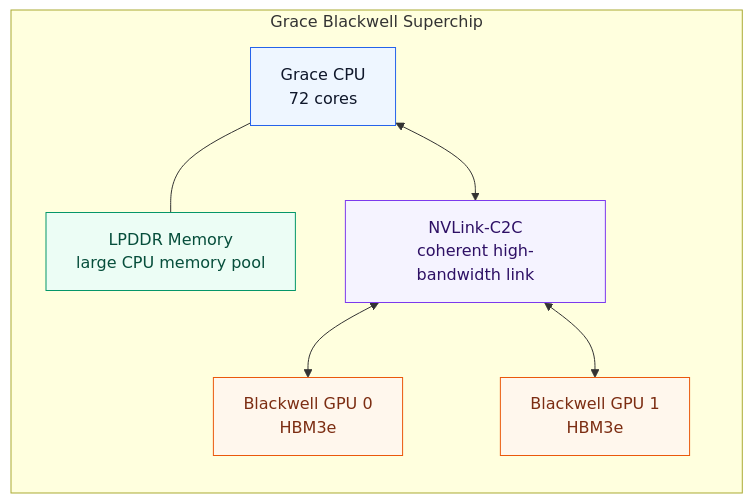
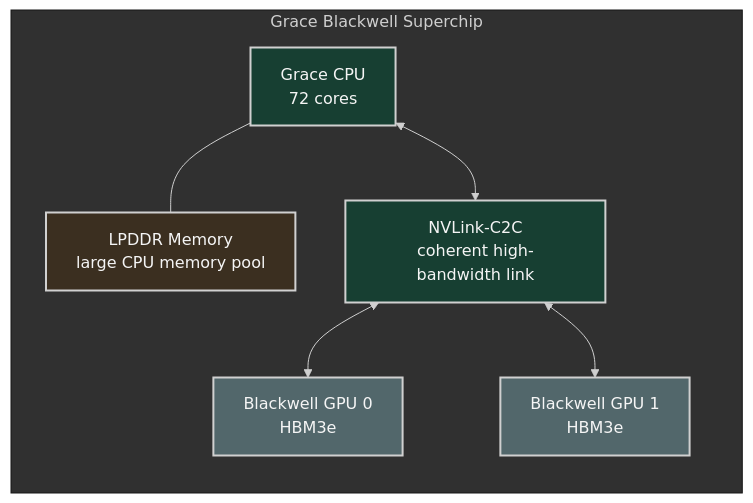
Before and after one commit to ziwon/ai-data-center-network: the third of 15 diagrams in ai-system-performance-engineering/chap02/README.md, drawn with Mermaid. The commit also changed other lines of this file and 35 other files, not shown here.

Commit message:
docs(mermaid): apply dark diagram style

````diff
--- a/ai-system-performance-engineering/chap02/README.md
+++ b/ai-system-performance-engineering/chap02/README.md
@@ -187,20 +189,21 @@
 ```mermaid
+%%{init: {"theme": "base", "themeVariables": {"background": "#171717", "primaryColor": "#232323", "primaryTextColor": "#f5f5f5", "primaryBorderColor": "#d0d0d0", "lineColor": "#cfcfcf", "fontFamily": "Inter, Arial, sans-serif"}}}%%
 flowchart LR
-    classDef cpu fill:#eef6ff,stroke:#2563eb,color:#0f172a
-    classDef gpu fill:#fff7ed,stroke:#ea580c,color:#7c2d12
-    classDef mem fill:#ecfdf5,stroke:#059669,color:#064e3b
-    classDef link fill:#f5f3ff,stroke:#7c3aed,color:#2e1065
+    classDef cpu fill:#173f32,stroke:#d0d0d0,color:#f5f5f5,stroke-width:2px;
+    classDef gpu fill:#52676b,stroke:#d0d0d0,color:#f5f5f5,stroke-width:2px;
+    classDef mem fill:#3b2f20,stroke:#d0d0d0,color:#f5f5f5,stroke-width:2px;
+    classDef link fill:#173f32,stroke:#d0d0d0,color:#f5f5f5,stroke-width:2px;
 
     subgraph GB["Grace Blackwell Superchip"]
         CPU[Grace CPU<br/>72 cores]:::cpu
         LPDDR[LPDDR Memory<br/>large CPU memory pool]:::mem
         GPU0[Blackwell GPU 0<br/>HBM3e]:::gpu
         GPU1[Blackwell GPU 1<br/>HBM3e]:::gpu
         C2C[NVLink-C2C<br/>coherent high-bandwidth link]:::link
     end
 
 CPU --- LPDDR
 CPU <--> C2C
 C2C <--> GPU0
 C2C <--> GPU1
 ```
````
